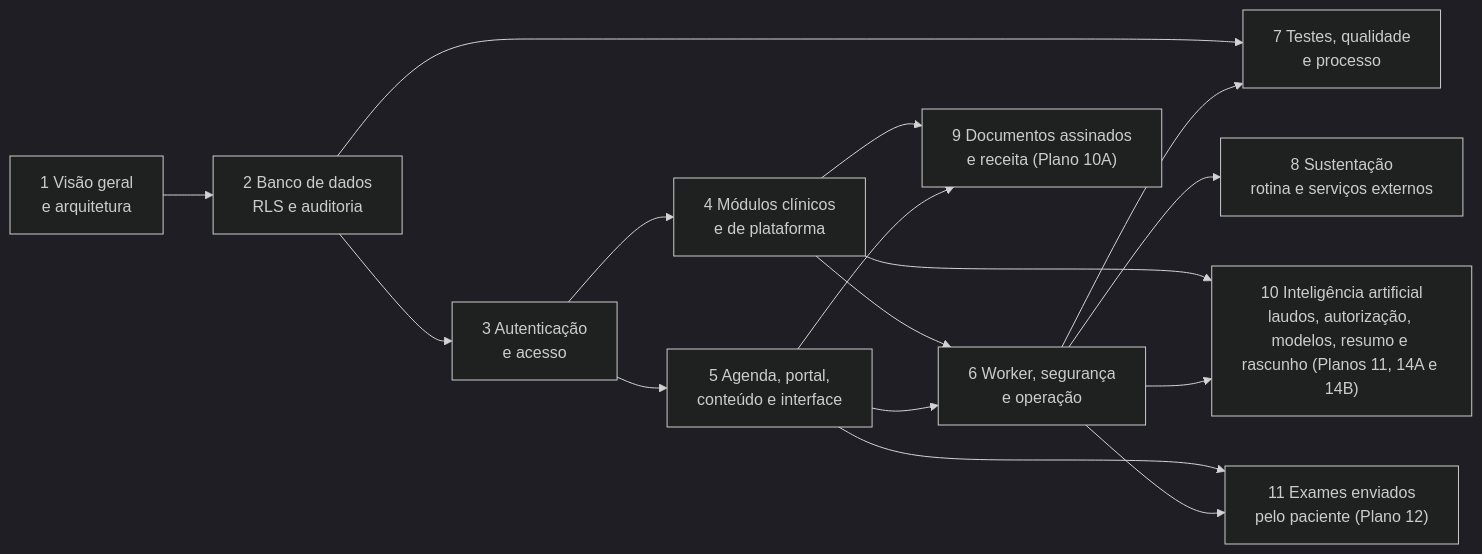
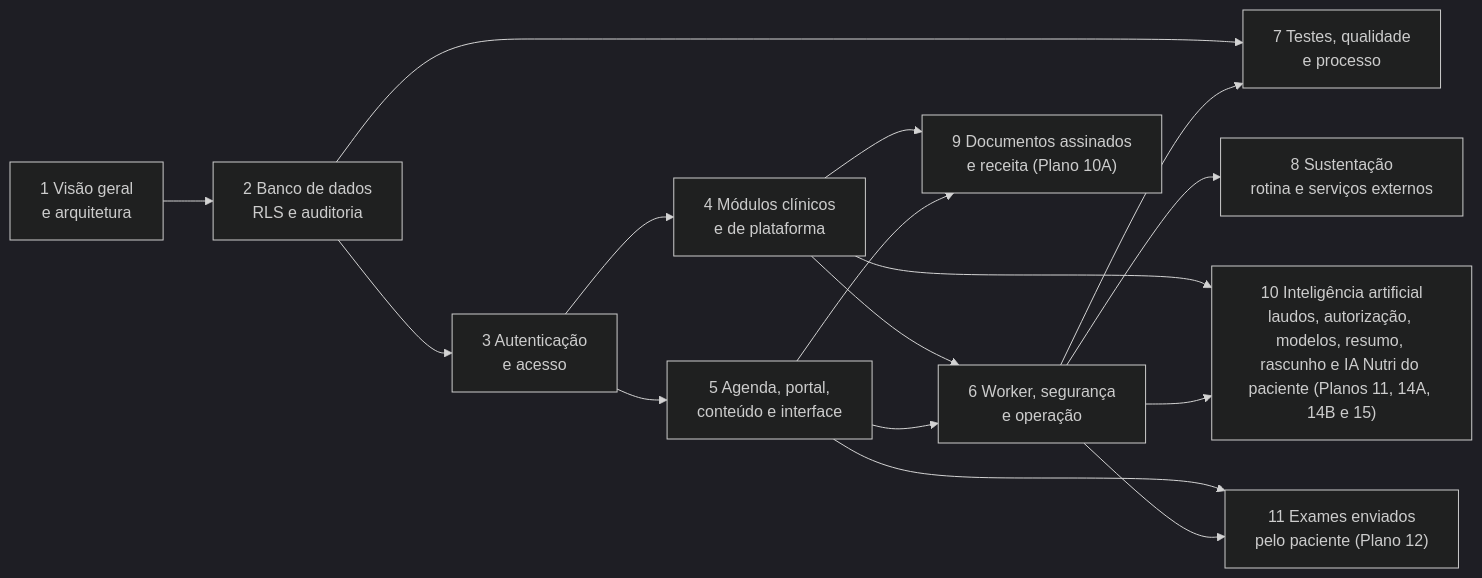
One commit to fabianojp06/nutridebby changed the diagram in docs/manual-tecnico/README.md. Above: the diagram before and after it, drawn with Mermaid (dark theme). The commit also changed other lines of this file and 18 other files, not shown here.

````diff
--- a/docs/manual-tecnico/README.md
+++ b/docs/manual-tecnico/README.md
@@ -51,18 +51,18 @@
 ```mermaid
 flowchart LR
   C1["1 Visão geral<br/>e arquitetura"] --> C2["2 Banco de dados<br/>RLS e auditoria"]
   C2 --> C3["3 Autenticação<br/>e acesso"]
   C3 --> C4["4 Módulos clínicos<br/>e de plataforma"]
   C3 --> C5["5 Agenda, portal,<br/>conteúdo e interface"]
   C4 --> C6["6 Worker, segurança<br/>e operação"]
   C5 --> C6
   C2 --> C7["7 Testes, qualidade<br/>e processo"]
   C6 --> C7
   C6 --> C8["8 Sustentação<br/>rotina e serviços externos"]
   C4 --> C9["9 Documentos assinados<br/>e receita (Plano 10A)"]
   C5 --> C9
-  C4 --> C10["10 Inteligência artificial<br/>laudos, autorização, modelos, resumo e rascunho (Planos 11, 14A e 14B)"]
+  C4 --> C10["10 Inteligência artificial<br/>laudos, autorização, modelos, resumo, rascunho e IA Nutri do paciente (Planos 11, 14A, 14B e 15)"]
   C6 --> C10
   C5 --> C11["11 Exames enviados<br/>pelo paciente (Plano 12)"]
   C6 --> C11
 ```
````
